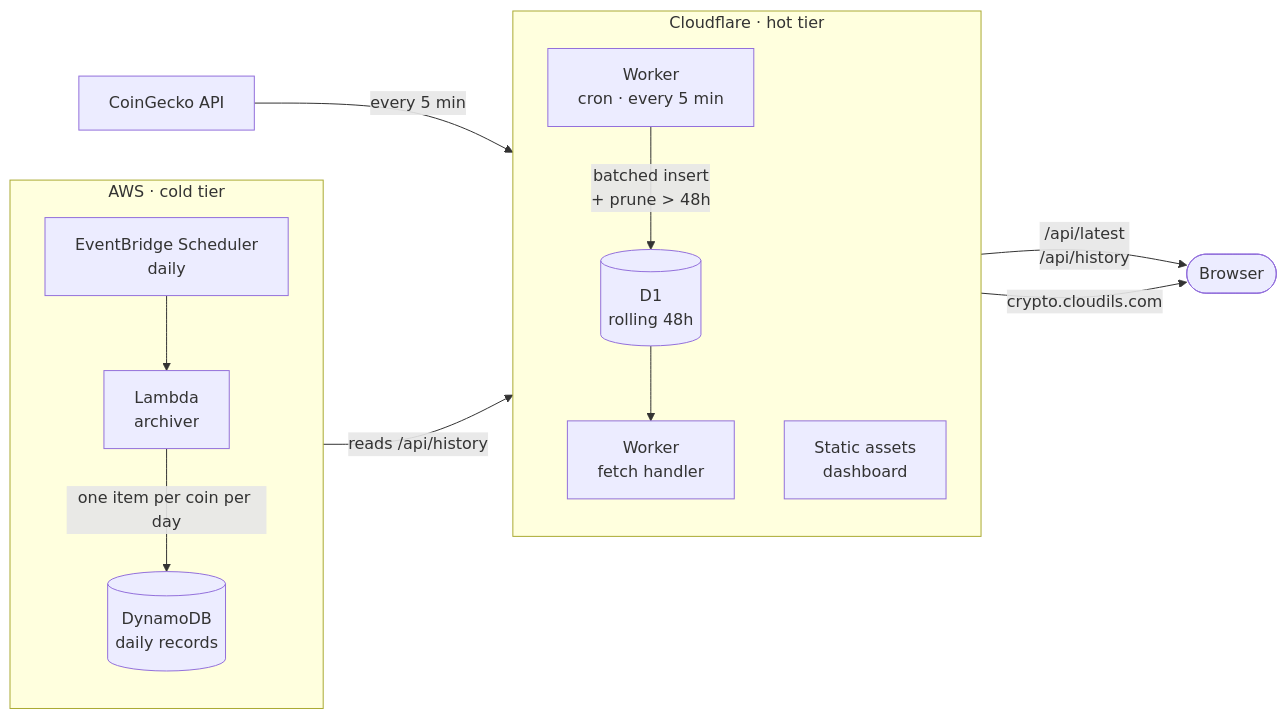
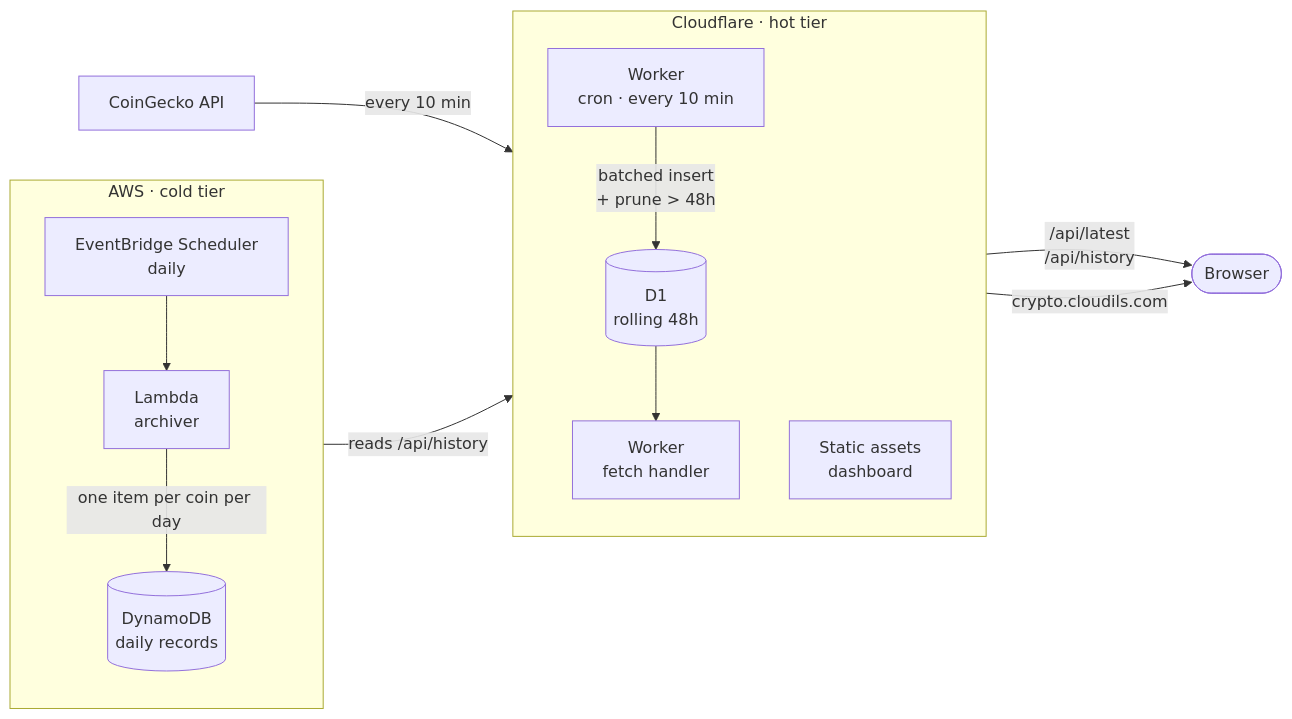
The diagram in README.md (Isma-L154/Serverless-Crypto-Pipeline), drawn with Mermaid before and after one commit. The commit also changed other lines of this file and 7 other files, not shown here.

````diff
--- a/README.md
+++ b/README.md
@@ -13,30 +13,30 @@
 ```mermaid
 flowchart LR
     CG[CoinGecko API]
 
     subgraph CF["Cloudflare · hot tier"]
         direction TB
-        CRON["Worker<br/>cron · every 5 min"]
+        CRON["Worker<br/>cron · every 10 min"]
         D1[("D1<br/>rolling 48h")]
         API["Worker<br/>fetch handler"]
         PAGE["Static assets<br/>dashboard"]
     end
 
     subgraph AWS["AWS · cold tier"]
         direction TB
         SCH["EventBridge Scheduler<br/>daily"]
         LAM["Lambda<br/>archiver"]
         DDB[("DynamoDB<br/>daily records")]
     end
 
     USER([Browser])
 
-    CG -->|"every 5 min"| CRON
+    CG -->|"every 10 min"| CRON
     CRON -->|"batched insert<br/>+ prune > 48h"| D1
     D1 --> API
     API -->|"/api/latest<br/>/api/history"| USER
     PAGE -->|"crypto.cloudils.com"| USER
     SCH --> LAM
     LAM -->|"reads /api/history"| API
     LAM -->|"one item per coin per day"| DDB
 ```
````
